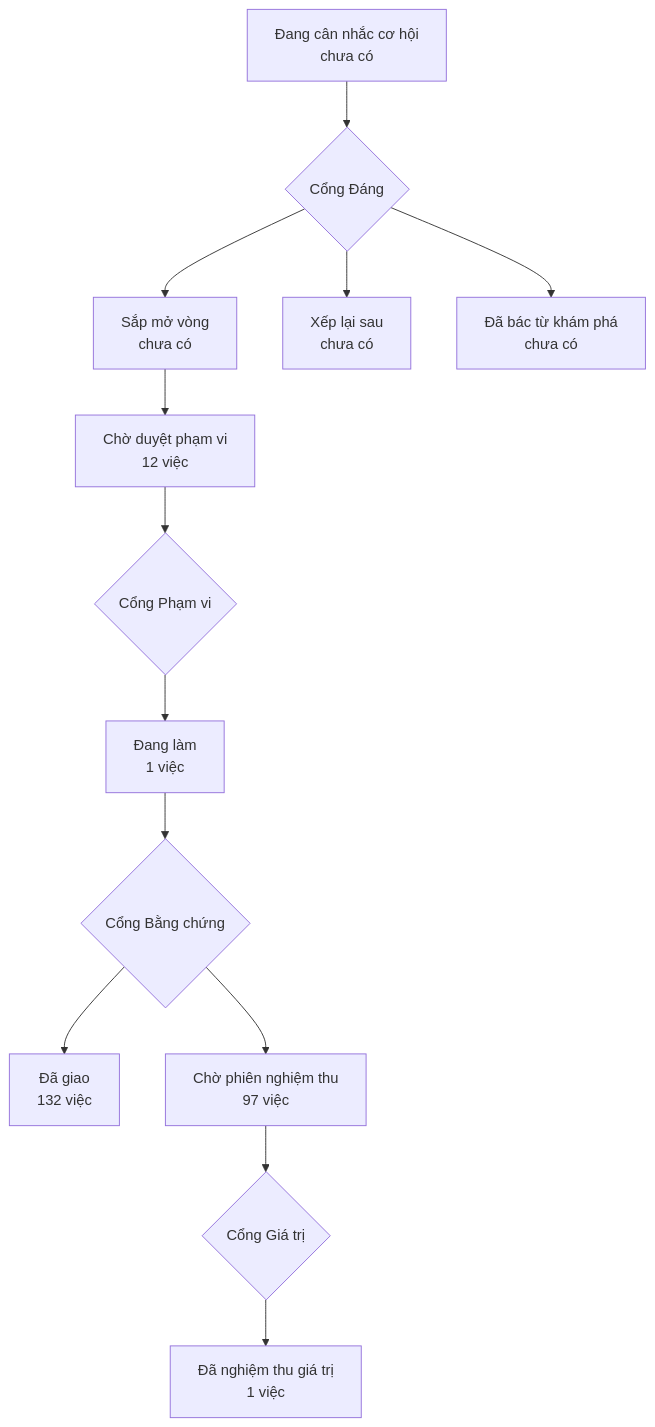
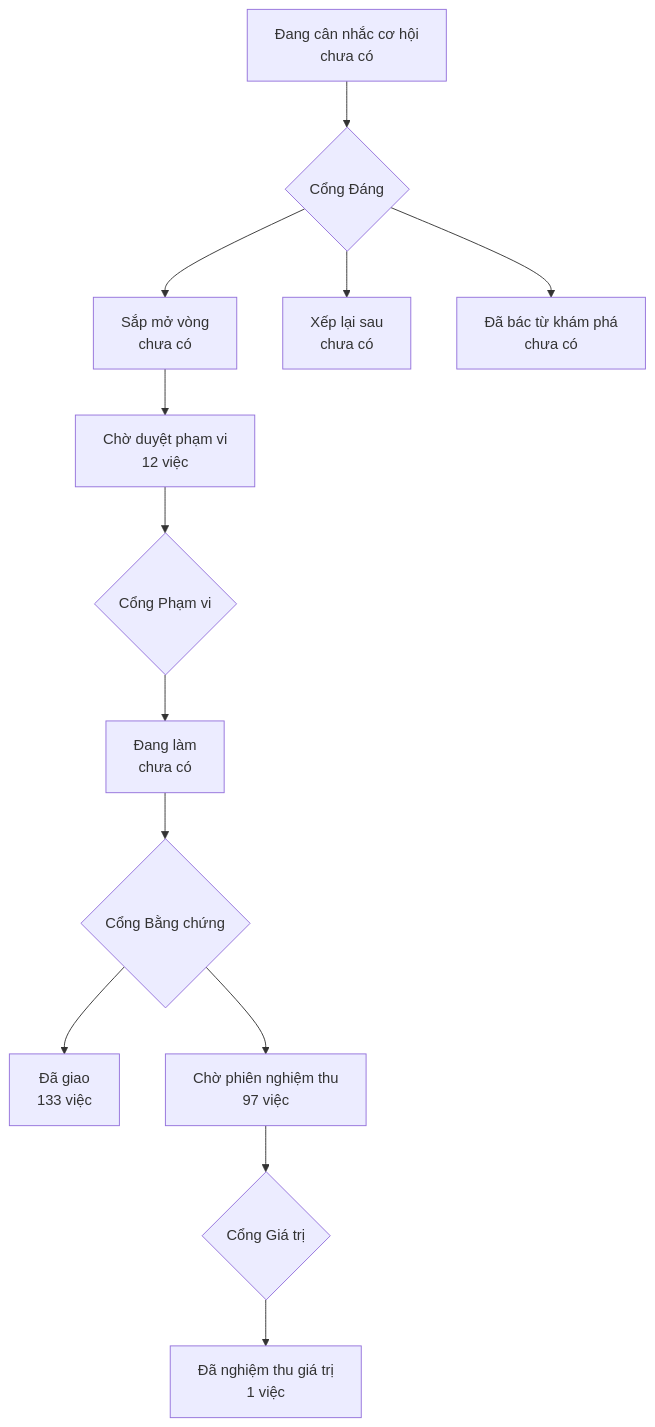
The diagram in PRODUCT-MAP.md (phanlemanh/onehub-invest), drawn with Mermaid before and after one commit. The commit also changed other lines of this file and 4 other files, not shown here.

````diff
--- a/PRODUCT-MAP.md
+++ b/PRODUCT-MAP.md
@@ -7,12 +7,12 @@
 ```mermaid
 flowchart TD
   A["Đang cân nhắc cơ hội<br/>chưa có"] --> GD{"Cổng Đáng"}
   GD --> B["Sắp mở vòng<br/>chưa có"]
   GD --> XL["Xếp lại sau<br/>chưa có"]
   GD --> DB["Đã bác từ khám phá<br/>chưa có"]
   B --> CD["Chờ duyệt phạm vi<br/>12 việc"] --> GP{"Cổng Phạm vi"}
-  GP --> DL["Đang làm<br/>1 việc"] --> GB{"Cổng Bằng chứng"}
-  GB --> DG["Đã giao<br/>132 việc"]
+  GP --> DL["Đang làm<br/>chưa có"] --> GB{"Cổng Bằng chứng"}
+  GB --> DG["Đã giao<br/>133 việc"]
   GB --> CN["Chờ phiên nghiệm thu<br/>97 việc"] --> GG{"Cổng Giá trị"}
   GG --> NT["Đã nghiệm thu giá trị<br/>1 việc"]
 ```
````
